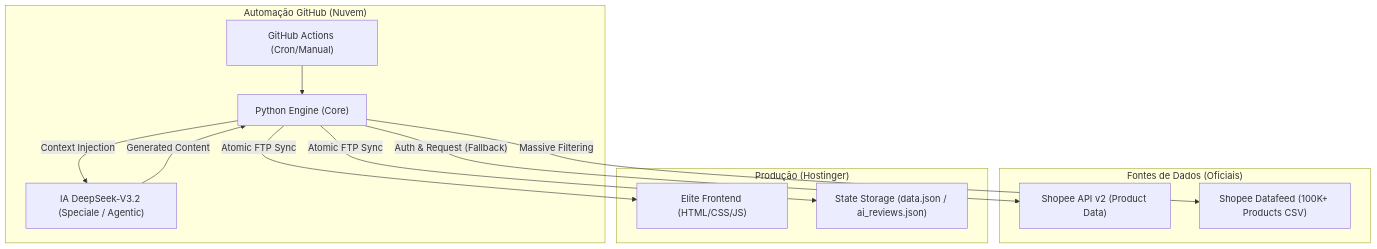
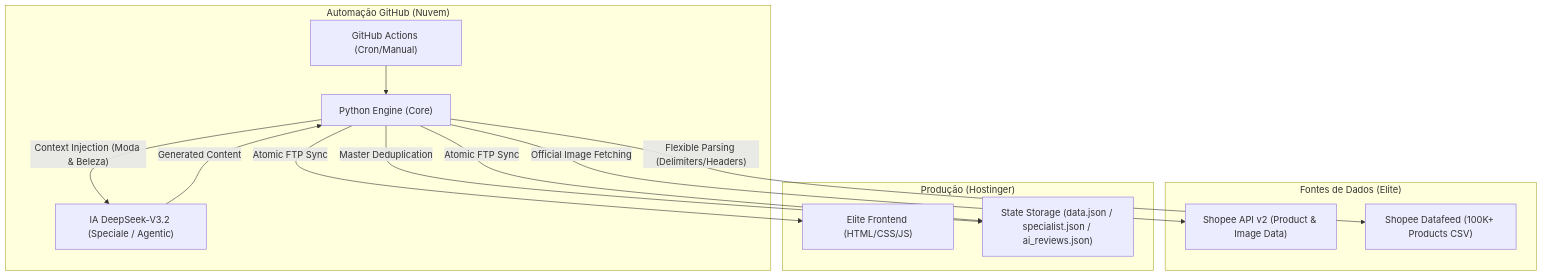
The diagram in docs/TITANIUM_BRAIN/00_SYSTEM_ARCHITECTURE.md (EricMacedo10/Rob-Titanium), drawn with Mermaid before and after one commit. The commit also changed other lines of this file and 4 other files, not shown here.

Commit message:
Docs: Updated documentation to v3.7.0 (Master Deduplication + Elite Datafeed)

````diff
--- a/docs/TITANIUM_BRAIN/00_SYSTEM_ARCHITECTURE.md
+++ b/docs/TITANIUM_BRAIN/00_SYSTEM_ARCHITECTURE.md
@@ -18,26 +22,27 @@
 ```mermaid
 graph TD
     subgraph "Automação GitHub (Nuvem)"
         ACTION["GitHub Actions (Cron/Manual)"]
         PYTHON["Python Engine (Core)"]
         AI["IA DeepSeek-V3.2 (Speciale / Agentic)"]
     end
 
-    subgraph "Fontes de Dados (Oficiais)"
-        SHP["Shopee API v2 (Product Data)"]
+    subgraph "Fontes de Dados (Elite)"
+        SHP["Shopee API v2 (Product & Image Data)"]
         FEED["Shopee Datafeed (100K+ Products CSV)"]
     end
 
     subgraph "Produção (Hostinger)"
         SITE["Elite Frontend (HTML/CSS/JS)"]
-        STATE["State Storage (data.json / ai_reviews.json)"]
+        STATE["State Storage (data.json / specialist.json / ai_reviews.json)"]
     end
 
     ACTION --> PYTHON
-    PYTHON -- "Massive Filtering" --> FEED
-    PYTHON -- "Auth & Request (Fallback)" --> SHP
-    PYTHON -- "Context Injection" --> AI
+    PYTHON -- "Flexible Parsing (Delimiters/Headers)" --> FEED
+    PYTHON -- "Official Image Fetching" --> SHP
+    PYTHON -- "Context Injection (Moda & Beleza)" --> AI
     AI -- "Generated Content" --> PYTHON
+    PYTHON -- "Master Deduplication" --> STATE
     PYTHON -- "Atomic FTP Sync" --> STATE
     PYTHON -- "Atomic FTP Sync" --> SITE
 ```
````
